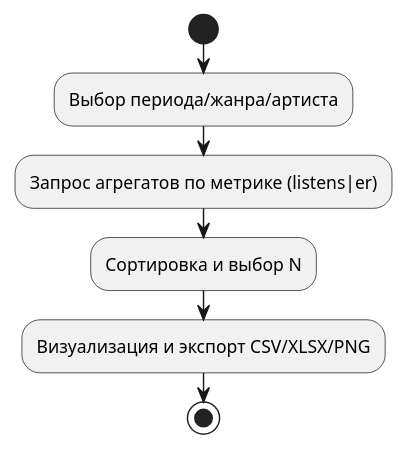
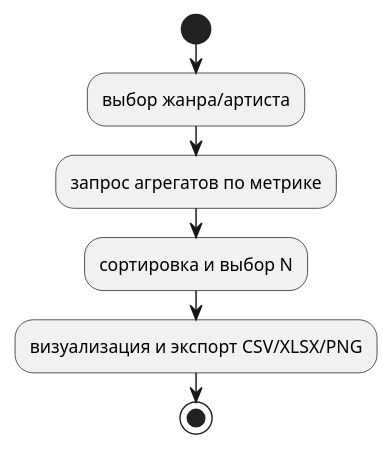
Before and after one commit to rom4ikahaha/y4et-soundclouda: the diagram in docs/digrams/top_n_trek.puml, drawn with PlantUML.

```diff
--- a/docs/digrams/top_n_trek.puml
+++ b/docs/digrams/top_n_trek.puml
@@ -1,15 +1,13 @@
 @startuml
-
 start
 
-:Выбор периода/жанра/артиста;
+:выбор жанра/артиста;
 
-:Запрос агрегатов по метрике (listens|er);
+:запрос агрегатов по метрике;
 
-:Сортировка и выбор N;
+:сортировка и выбор N;
 
-:Визуализация и экспорт CSV/XLSX/PNG;
+:визуализация и экспорт CSV/XLSX/PNG;
 
 stop
-
 @enduml
```
